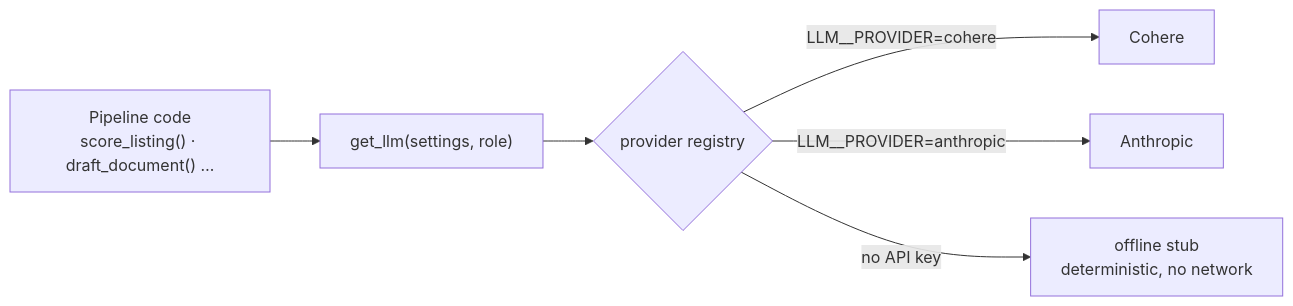
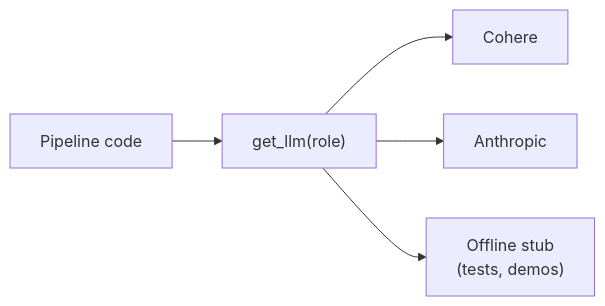
Before and after one commit to yassinSedki/phd_copilot: the sixth of 7 diagrams in README.md, drawn with Mermaid. The commit also changed other lines of this file, not shown here.

````diff
--- a/README.md
+++ b/README.md
@@ -71,8 +150,7 @@
 ```mermaid
-graph LR
-    A["Pipeline code<br/>score_listing() · draft_document() …"] --> B["get_llm(settings, role)"]
-    B --> C{"provider registry"}
-    C -->|LLM__PROVIDER=cohere| D[Cohere]
-    C -->|LLM__PROVIDER=anthropic| E[Anthropic]
-    C -->|no API key| F["offline stub<br/>deterministic, no network"]
+flowchart LR
+    P["Pipeline code"] --> F["get_llm(role)"]
+    F --> C["Cohere"]
+    F --> A["Anthropic"]
+    F --> S["Offline stub<br/>(tests, demos)"]
 ```
````
